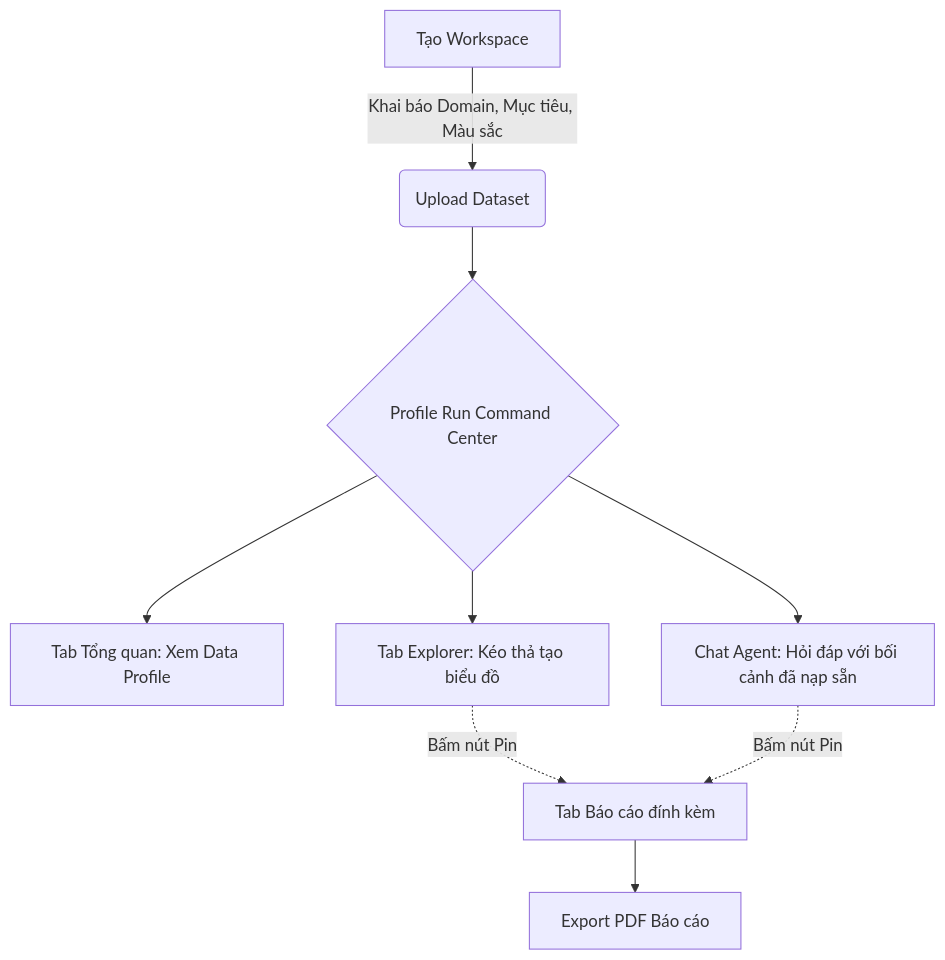
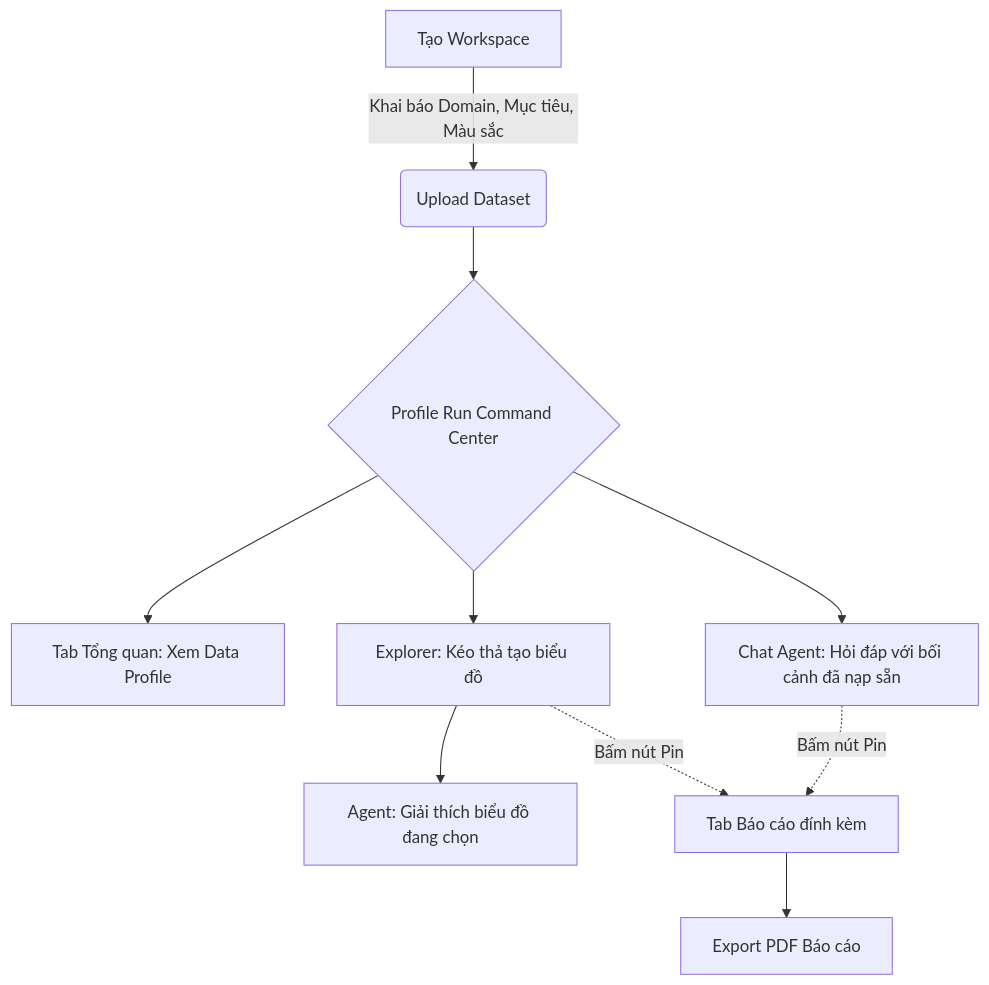
Before and after one commit to mhiu05/VDaAgent: the diagram in docs/ux_architecture_proposal.md, drawn with Mermaid. The commit also changed other lines of this file and 48 other files, not shown here.

````diff
--- a/docs/ux_architecture_proposal.md
+++ b/docs/ux_architecture_proposal.md
@@ -47,13 +47,14 @@
 ```mermaid
 flowchart TD
     A[Tạo Workspace] -->|Khai báo Domain, Mục tiêu, Màu sắc| B(Upload Dataset)
     B --> C{Profile Run Command Center}
     C --> D[Tab Tổng quan: Xem Data Profile]
-    C --> E[Tab Explorer: Kéo thả tạo biểu đồ]
+    C --> E[Explorer: Kéo thả tạo biểu đồ]
+    E --> E2[Agent: Giải thích biểu đồ đang chọn]
     C --> F[Chat Agent: Hỏi đáp với bối cảnh đã nạp sẵn]
     
     E -.->|Bấm nút Pin| G[Tab Báo cáo đính kèm]
     F -.->|Bấm nút Pin| G
     
     G --> H[Export PDF Báo cáo]
 ```
````
